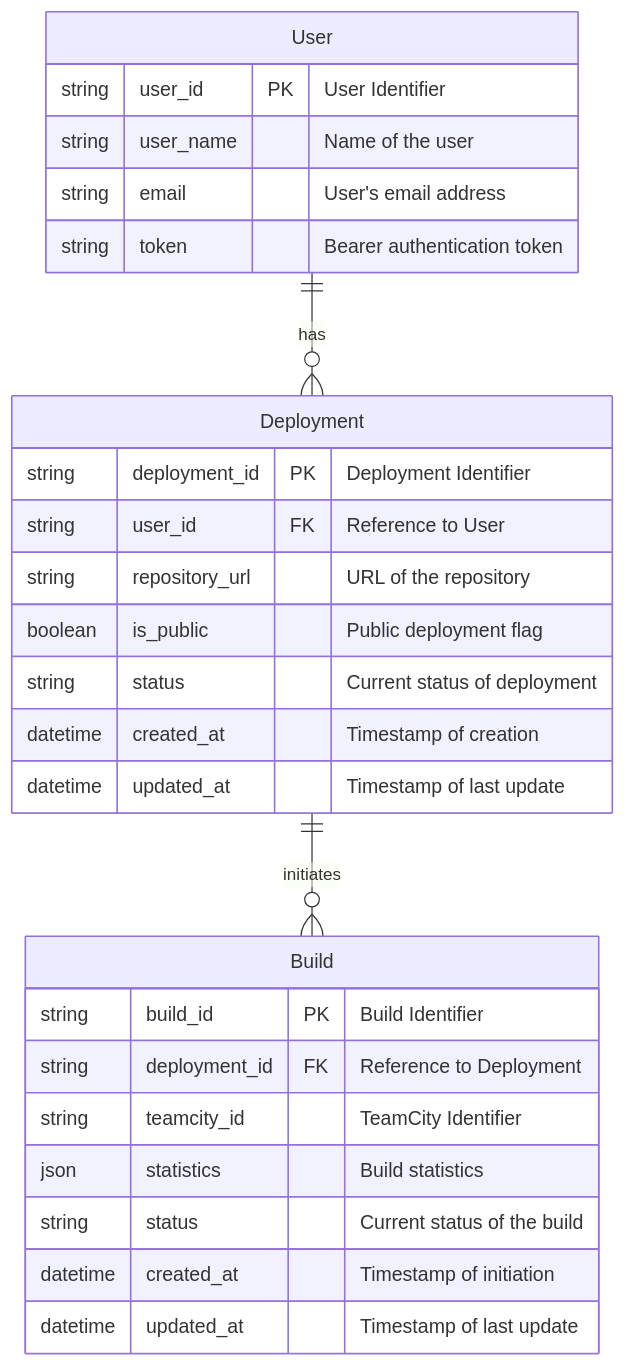
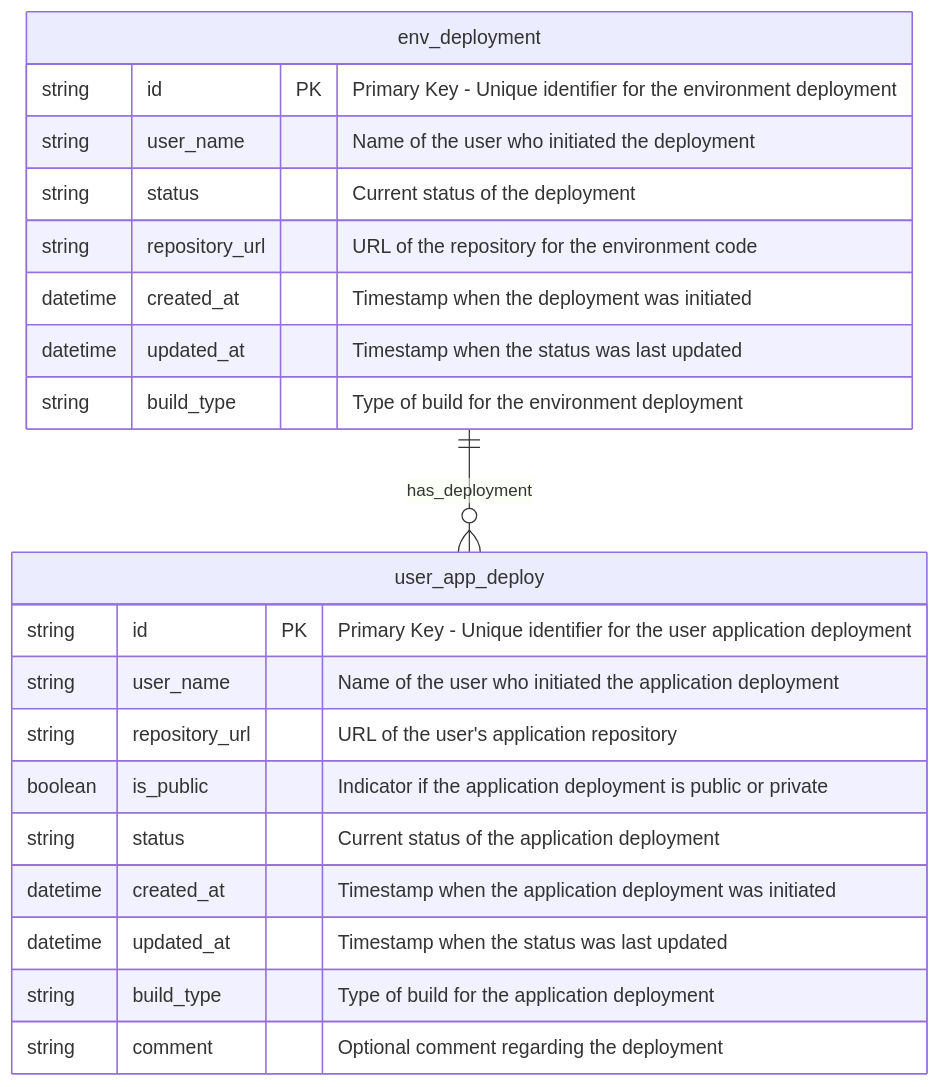
Before and after one commit to Ksenniya/quart-client-template: the diagram in entity/entities_design.md, drawn with Mermaid. The commit also changed other lines of this file, not shown here.

````diff
--- a/entity/entities_design.md
+++ b/entity/entities_design.md
@@ -36,32 +31,26 @@
 ```mermaid
 erDiagram
-    User {
-        string user_id PK "User Identifier"
-        string user_name "Name of the user"
-        string email "User's email address"
-        string token "Bearer authentication token"
+    env_deployment {
+        string id PK "Primary Key - Unique identifier for the environment deployment"
+        string user_name "Name of the user who initiated the deployment"
+        string status "Current status of the deployment"
+        string repository_url "URL of the repository for the environment code"
+        datetime created_at "Timestamp when the deployment was initiated"
+        datetime updated_at "Timestamp when the status was last updated"
+        string build_type "Type of build for the environment deployment"
     }
     
-    Deployment {
-        string deployment_id PK "Deployment Identifier"
-        string user_id FK "Reference to User"
-        string repository_url "URL of the repository"
-        boolean is_public "Public deployment flag"
-        string status "Current status of deployment"
-        datetime created_at "Timestamp of creation"
-        datetime updated_at "Timestamp of last update"
-    }
-    
-    Build {
-        string build_id PK "Build Identifier"
-        string deployment_id FK "Reference to Deployment"
-        string teamcity_id "TeamCity Identifier"
-        json statistics "Build statistics"
-        string status "Current status of the build"
-        datetime created_at "Timestamp of initiation"
-        datetime updated_at "Timestamp of last update"
+    user_app_deploy {
+        string id PK "Primary Key - Unique identifier for the user application deployment"
+        string user_name "Name of the user who initiated the application deployment"
+        string repository_url "URL of the user's application repository"
+        boolean is_public "Indicator if the application deployment is public or private"
+        string status "Current status of the application deployment"
+        datetime created_at "Timestamp when the application deployment was initiated"
+        datetime updated_at "Timestamp when the status was last updated"
+        string build_type "Type of build for the application deployment"
+        string comment "Optional comment regarding the deployment"
     }
 
-    User ||--o{ Deployment : "has"
-    Deployment ||--o{ Build : "initiates"
+    env_deployment ||--o{ user_app_deploy : has_deployment
 ```
````
